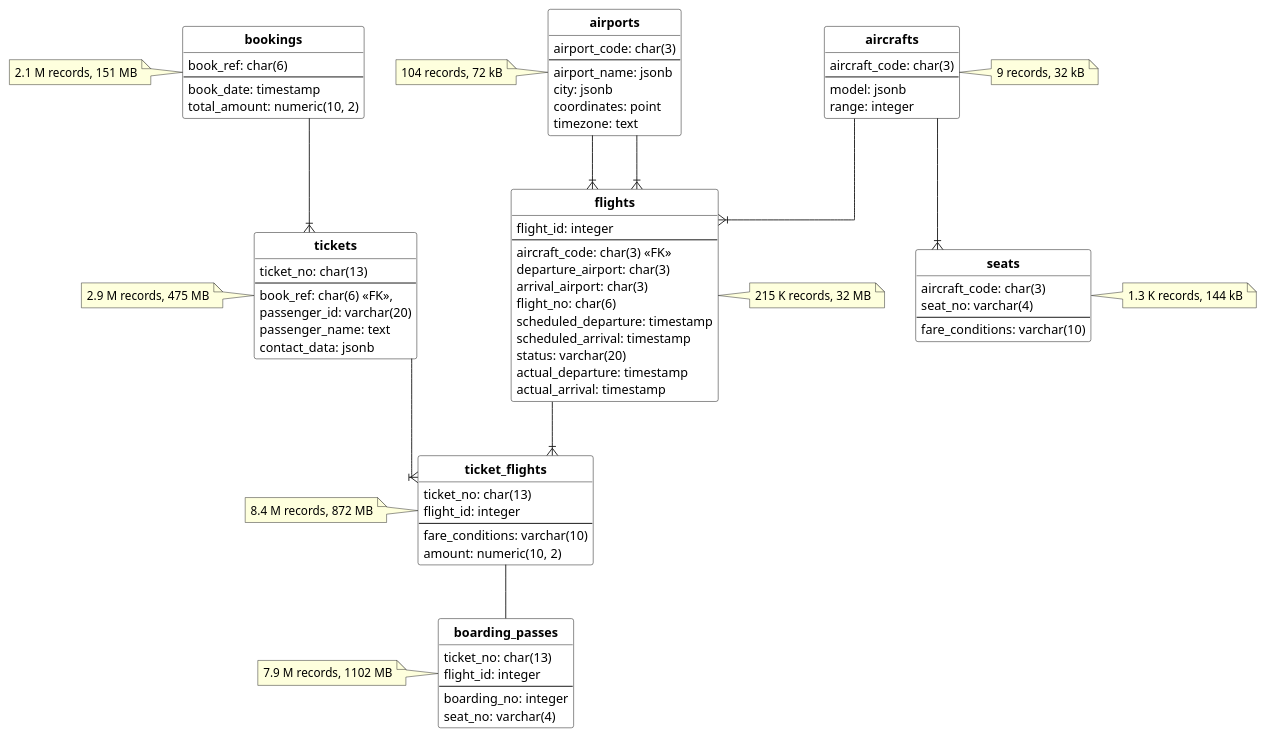
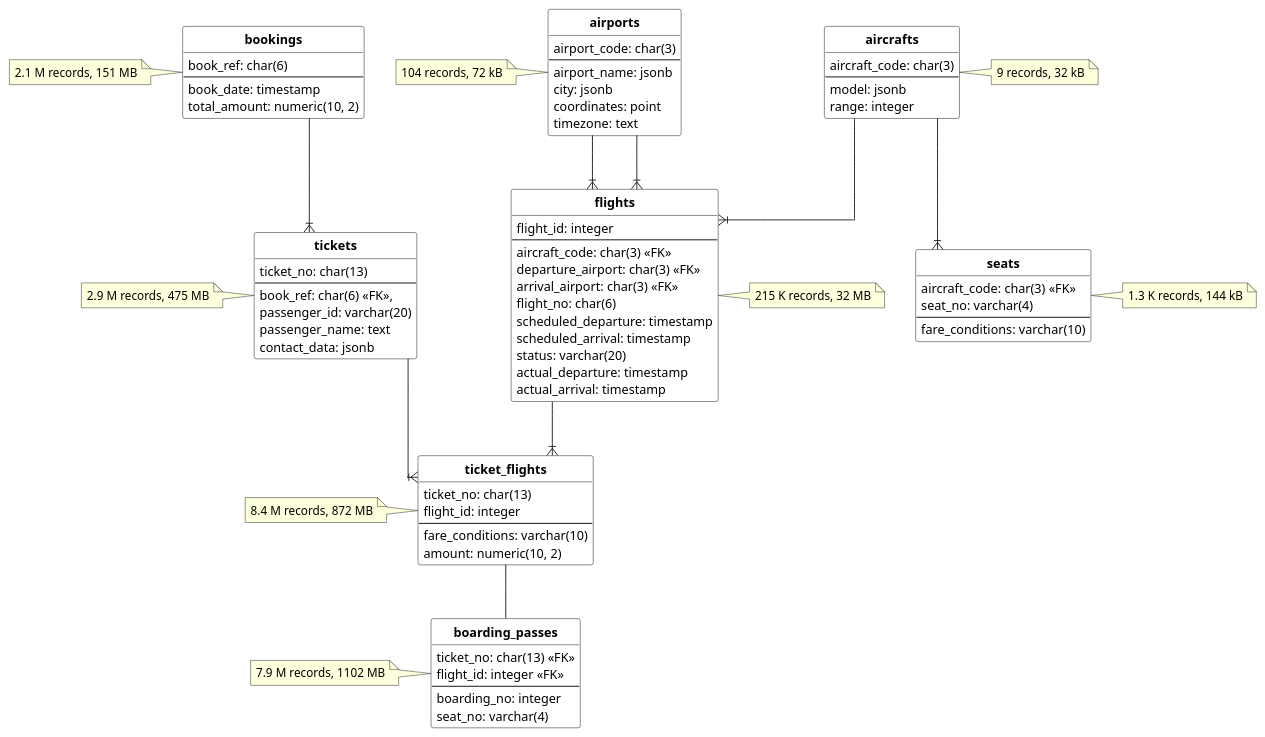
The diagram in databases/postgres/qpt-13/air-transportation-database.md (mialkin/docs), drawn with PlantUML before and after one commit. The commit also changed other lines of this file and 1 other file, not shown here.

Commit message:
Add missing foreign keys

```diff
--- a/databases/postgres/qpt-13/air-transportation-database.md
+++ b/databases/postgres/qpt-13/air-transportation-database.md
@@ -83,8 +83,8 @@
  flight_id: integer
  --
  aircraft_code: char(3) <<FK>>
- departure_airport: char(3)
- arrival_airport: char(3)
+ departure_airport: char(3) <<FK>>
+ arrival_airport: char(3) <<FK>>
  flight_no: char(6)
  scheduled_departure: timestamp
  scheduled_arrival: timestamp
@@ -106,8 +106,8 @@
 
 
 entity boarding_passes {
- ticket_no: char(13)
- flight_id: integer
+ ticket_no: char(13) <<FK>>
+ flight_id: integer <<FK>>
  --
  boarding_no: integer
  seat_no: varchar(4)
@@ -123,7 +123,7 @@
 note right: 9 records, 32 kB
 
 entity seats {
- aircraft_code: char(3)
+ aircraft_code: char(3) <<FK>>
  seat_no: varchar(4)
  --
  fare_conditions: varchar(10)
```
